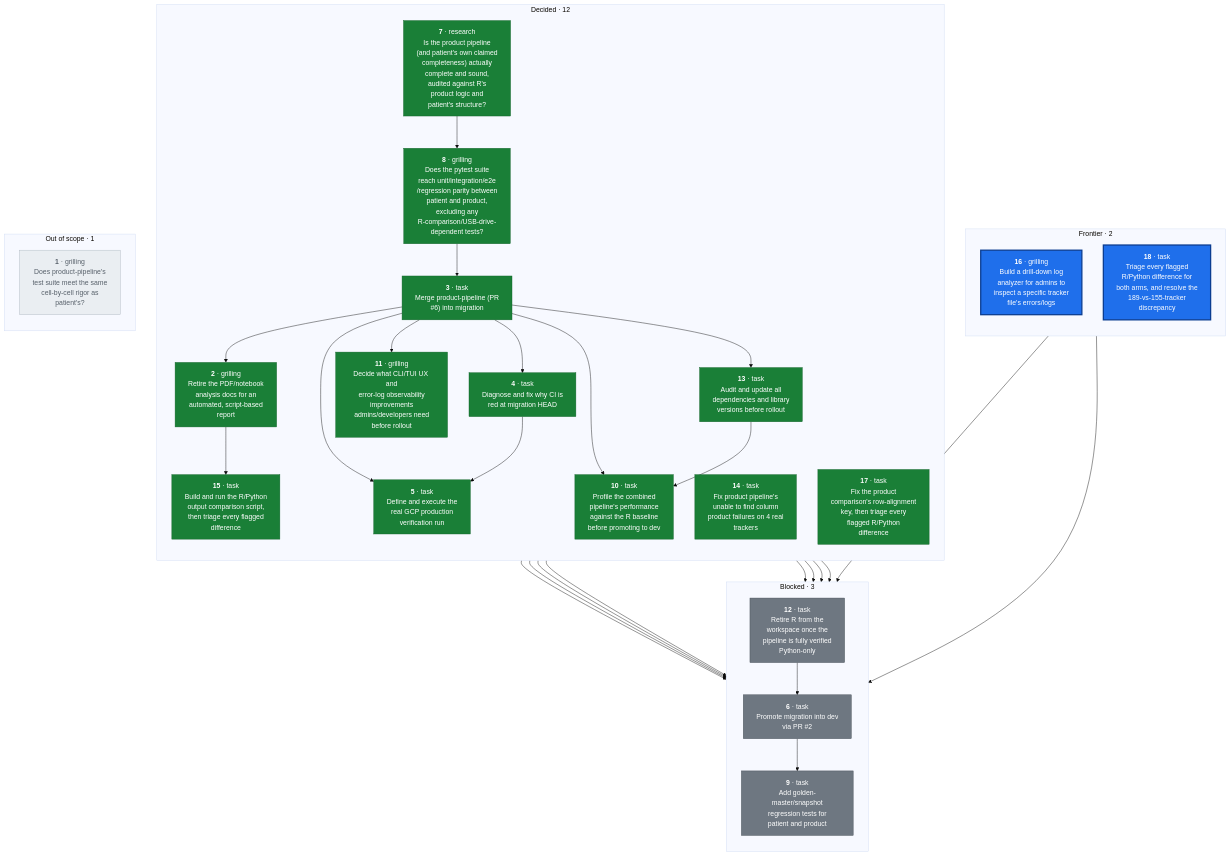
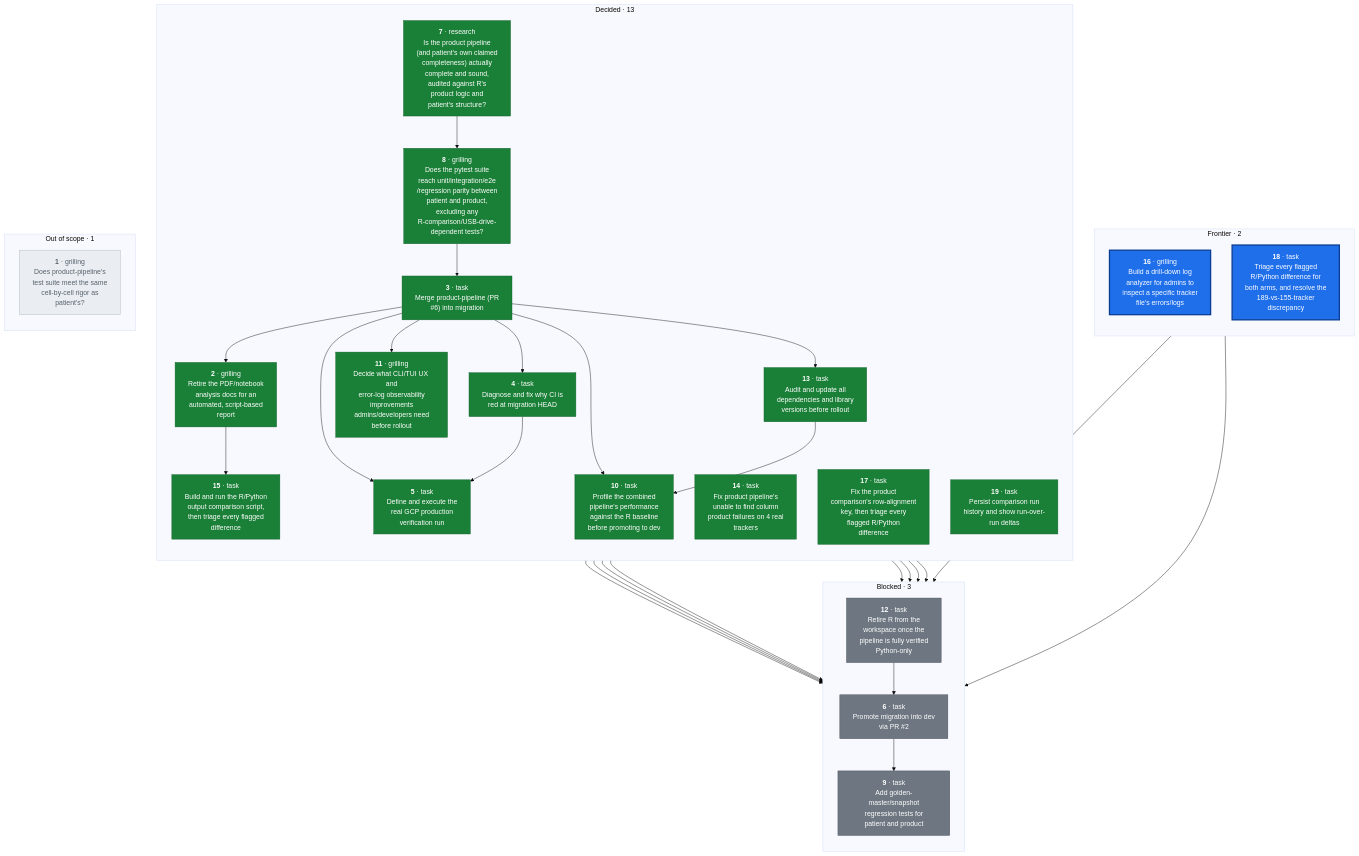
One commit to CorrelAid/a4d changed the diagram in docs/wayfinder/graph.mmd. Above: the diagram before and after it, drawn with Mermaid (base theme). The commit also changed 6 other files, not shown here.

```diff
--- a/docs/wayfinder/graph.mmd
+++ b/docs/wayfinder/graph.mmd
@@ -1,64 +1,65 @@
 flowchart TD
   subgraph FRONTIER["Frontier · 2"]
     direction TB
     T16["<b>16</b> · grilling<br/>Build a drill-down log<br/>analyzer for admins to<br/>inspect a specific tracker<br/>file's errors/logs"]
     T18["<b>18</b> · task<br/>Triage every flagged<br/>R/Python difference for<br/>both arms, and resolve the<br/>189-vs-155-tracker<br/>discrepancy"]
   end
   subgraph BLOCKED["Blocked · 3"]
     direction TB
     T6["<b>6</b> · task<br/>Promote migration into dev<br/>via PR #2"]
     T9["<b>9</b> · task<br/>Add golden-master/snapshot<br/>regression tests for<br/>patient and product"]
     T12["<b>12</b> · task<br/>Retire R from the<br/>workspace once the<br/>pipeline is fully verified<br/>Python-only"]
   end
-  subgraph DECIDED["Decided · 12"]
+  subgraph DECIDED["Decided · 13"]
     direction TB
     T2["<b>2</b> · grilling<br/>Retire the PDF/notebook<br/>analysis docs for an<br/>automated, script-based<br/>report"]
     T3["<b>3</b> · task<br/>Merge product-pipeline (PR<br/>#6) into migration"]
     T4["<b>4</b> · task<br/>Diagnose and fix why CI is<br/>red at migration HEAD"]
     T5["<b>5</b> · task<br/>Define and execute the<br/>real GCP production<br/>verification run"]
     T7["<b>7</b> · research<br/>Is the product pipeline<br/>(and patient's own claimed<br/>completeness) actually<br/>complete and sound,<br/>audited against R's<br/>product logic and<br/>patient's structure?"]
     T8["<b>8</b> · grilling<br/>Does the pytest suite<br/>reach unit/integration/e2e<br/>/regression parity between<br/>patient and product,<br/>excluding any<br/>R-comparison/USB-drive-<br/>dependent tests?"]
     T10["<b>10</b> · task<br/>Profile the combined<br/>pipeline's performance<br/>against the R baseline<br/>before promoting to dev"]
     T11["<b>11</b> · grilling<br/>Decide what CLI/TUI UX and<br/>error-log observability<br/>improvements<br/>admins/developers need<br/>before rollout"]
     T13["<b>13</b> · task<br/>Audit and update all<br/>dependencies and library<br/>versions before rollout"]
     T14["<b>14</b> · task<br/>Fix product pipeline's<br/>unable to find column<br/>product failures on 4 real<br/>trackers"]
     T15["<b>15</b> · task<br/>Build and run the R/Python<br/>output comparison script,<br/>then triage every flagged<br/>difference"]
     T17["<b>17</b> · task<br/>Fix the product<br/>comparison's row-alignment<br/>key, then triage every<br/>flagged R/Python<br/>difference"]
+    T19["<b>19</b> · task<br/>Persist comparison run<br/>history and show run-over-<br/>run deltas"]
   end
   subgraph DROPPED["Out of scope · 1"]
     direction TB
     T1["<b>1</b> · grilling<br/>Does product-pipeline's<br/>test suite meet the same<br/>cell-by-cell rigor as<br/>patient's?"]
   end
 
   T2 --> T15
   T3 --> T2
   T3 --> T4
   T3 --> T5
   T3 --> T6
   T3 --> T10
   T3 --> T11
   T3 --> T13
   T4 --> T5
   T4 --> T6
   T5 --> T6
   T6 --> T9
   T7 --> T8
   T8 --> T3
   T8 --> T6
   T10 --> T6
   T11 --> T6
   T12 --> T6
   T13 --> T6
   T13 --> T10
   T14 --> T6
   T18 --> T6
   T18 --> T12
 
   classDef frontier fill:#1f6feb,stroke:#0b3d91,stroke-width:3px,color:#ffffff
   class T16,T18 frontier
   classDef blocked fill:#6e7781,stroke:#424a53,stroke-width:1px,color:#ffffff
   class T6,T9,T12 blocked
   classDef decided fill:#1a7f37,stroke:#116329,stroke-width:1px,color:#ffffff
-  class T2,T3,T4,T5,T7,T8,T10,T11,T13,T14,T15,T17 decided
+  class T2,T3,T4,T5,T7,T8,T10,T11,T13,T14,T15,T17,T19 decided
   classDef dropped fill:#eaeef2,stroke:#afb8c1,stroke-width:1px,color:#57606a
   class T1 dropped
```
